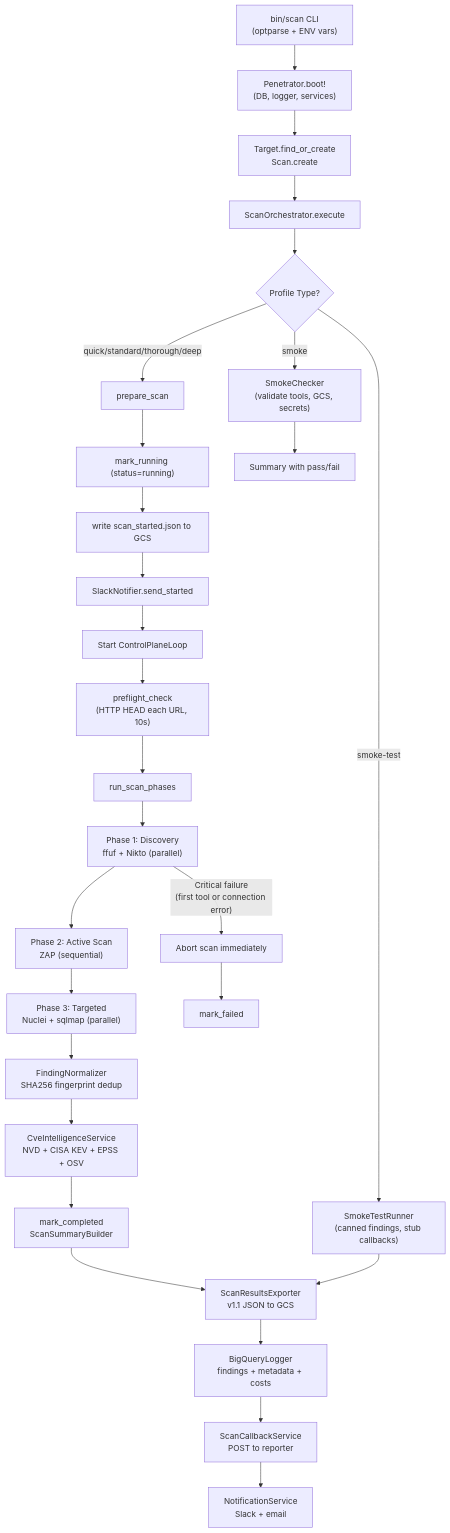
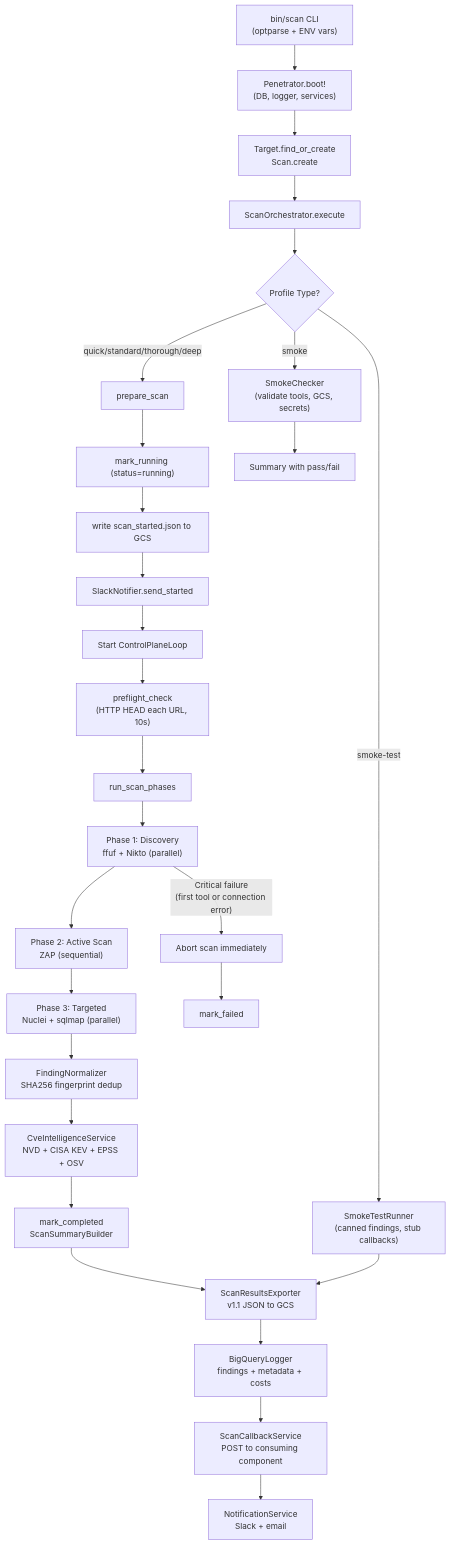
Before and after one commit to Peregrine-Technology-Systems/peregrine-penetrator-scanner: the third of 23 diagrams in docs/ARCHITECTURE.md, drawn with Mermaid. The commit also changed other lines of this file, not shown here.

First line of the commit message:
docs: remove system-context topology from ARCHITECTURE.md per review [HELD]

````diff
--- a/docs/ARCHITECTURE.md
+++ b/docs/ARCHITECTURE.md
@@ -196,37 +164,37 @@
 ```mermaid
 flowchart TD
     A["bin/scan CLI<br/>(optparse + ENV vars)"] --> B["Penetrator.boot!<br/>(DB, logger, services)"]
     B --> C["Target.find_or_create<br/>Scan.create"]
     C --> D["ScanOrchestrator.execute"]
 
     D --> E{Profile Type?}
     E -->|"smoke-test"| F["SmokeTestRunner<br/>(canned findings, stub callbacks)"]
     E -->|"smoke"| G["SmokeChecker<br/>(validate tools, GCS, secrets)"]
     E -->|"quick/standard/thorough/deep"| H["prepare_scan"]
 
     H --> H1["mark_running (status=running)"]
     H1 --> H2["write scan_started.json to GCS"]
     H2 --> H3["SlackNotifier.send_started"]
     H3 --> H4["Start ControlPlaneLoop"]
     H4 --> I["preflight_check<br/>(HTTP HEAD each URL, 10s)"]
     I --> J["run_scan_phases"]
 
     J --> K["Phase 1: Discovery<br/>ffuf + Nikto (parallel)"]
     K --> L["Phase 2: Active Scan<br/>ZAP (sequential)"]
     L --> M["Phase 3: Targeted<br/>Nuclei + sqlmap (parallel)"]
 
     M --> N["FindingNormalizer<br/>SHA256 fingerprint dedup"]
     N --> O["CveIntelligenceService<br/>NVD + CISA KEV + EPSS + OSV"]
     O --> P["mark_completed<br/>ScanSummaryBuilder"]
 
     P --> Q["ScanResultsExporter<br/>v1.1 JSON to GCS"]
     Q --> R["BigQueryLogger<br/>findings + metadata + costs"]
-    R --> S["ScanCallbackService<br/>POST to reporter"]
+    R --> S["ScanCallbackService<br/>POST to consuming component"]
     S --> T["NotificationService<br/>Slack + email"]
 
     F --> Q
     G --> U["Summary with pass/fail"]
 
     K -->|"Critical failure<br/>(first tool or connection error)"| V["Abort scan immediately"]
     V --> W["mark_failed"]
 ```
````
